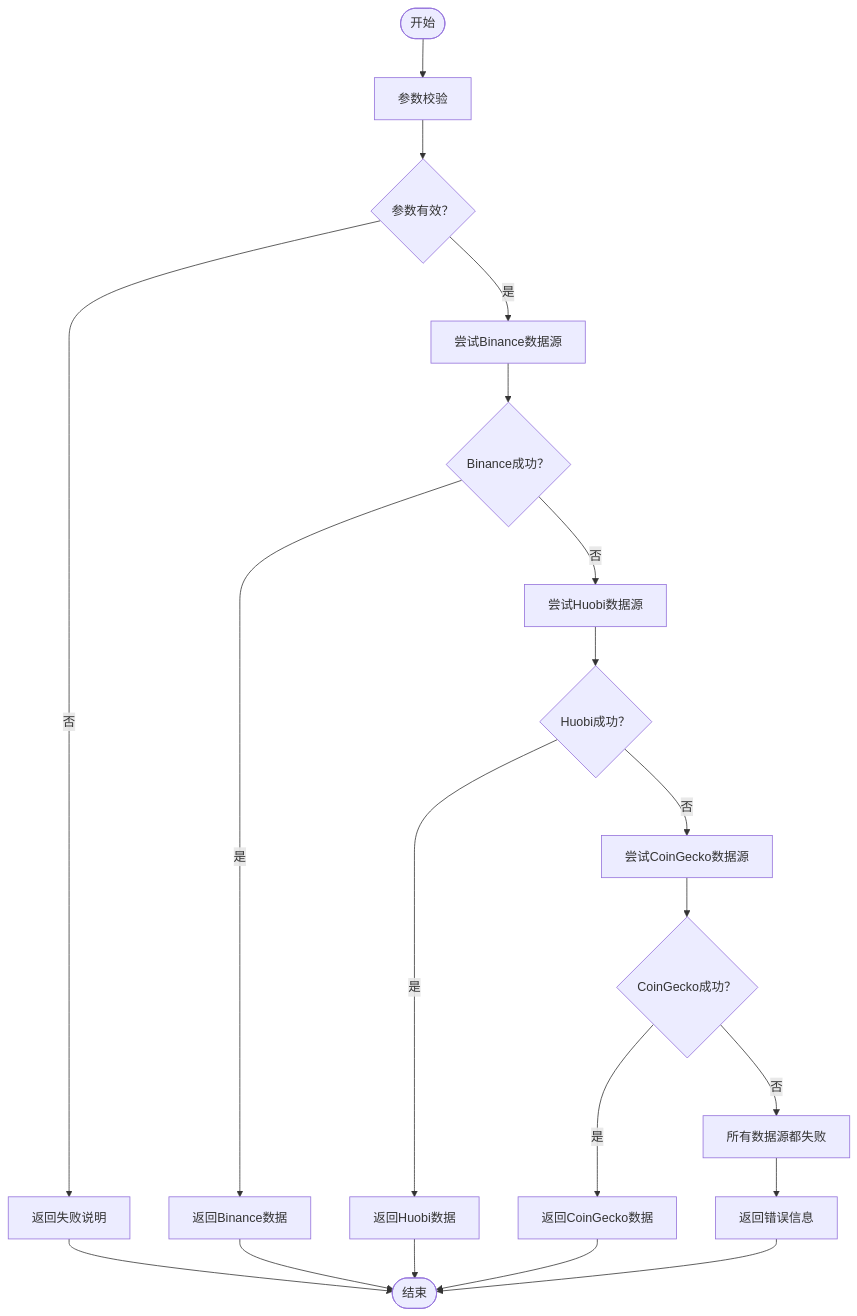
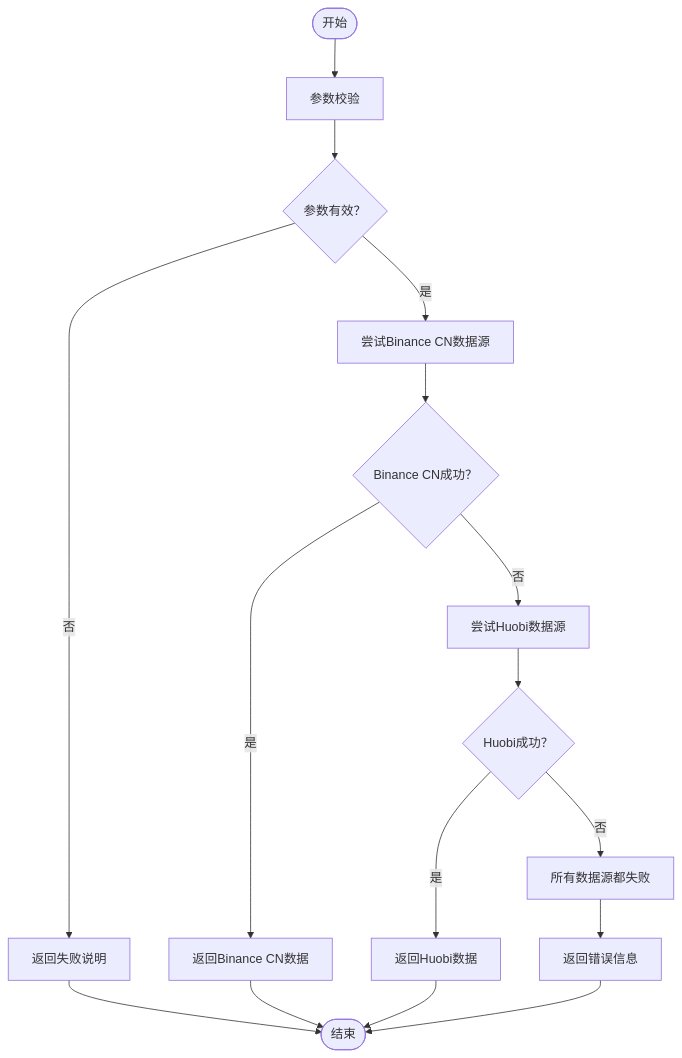
Before and after one commit to CryptoLinxu/Web3-AI-Agent: the third of 4 diagrams in .qoder/repowiki/zh/content/Web3工具集成/核心Web3工具实现/ETH价格查询工具.md, drawn with Mermaid. The commit also changed other lines of this file and 6 other files, not shown here.

````diff
--- a/.qoder/repowiki/zh/content/Web3工具集成/核心Web3工具实现/ETH价格查询工具.md
+++ b/.qoder/repowiki/zh/content/Web3工具集成/核心Web3工具实现/ETH价格查询工具.md
@@ -174,22 +169,18 @@
 ```mermaid
 flowchart TD
 Start(["开始"]) --> Validate["参数校验"]
 Validate --> Valid{"参数有效？"}
 Valid --> |否| Fail["返回失败说明"]
-Valid --> |是| TryBinance["尝试Binance数据源"]
-TryBinance --> BinSuccess{"Binance成功？"}
-BinSuccess --> |是| ReturnBin["返回Binance数据"]
+Valid --> |是| TryBinance["尝试Binance CN数据源"]
+TryBinance --> BinSuccess{"Binance CN成功？"}
+BinSuccess --> |是| ReturnBin["返回Binance CN数据"]
 BinSuccess --> |否| TryHuobi["尝试Huobi数据源"]
 TryHuobi --> HuoSuccess{"Huobi成功？"}
 HuoSuccess --> |是| ReturnHuo["返回Huobi数据"]
-HuoSuccess --> |否| TryCoingecko["尝试CoinGecko数据源"]
-TryCoingecko --> CgeSuccess{"CoinGecko成功？"}
-CgeSuccess --> |是| ReturnCge["返回CoinGecko数据"]
-CgeSuccess --> |否| AllFailed["所有数据源都失败"]
+HuoSuccess --> |否| AllFailed["所有数据源都失败"]
 AllFailed --> ReturnError["返回错误信息"]
 Fail --> End(["结束"])
 ReturnBin --> End
 ReturnHuo --> End
-ReturnCge --> End
 ReturnError --> End
 ```
````
